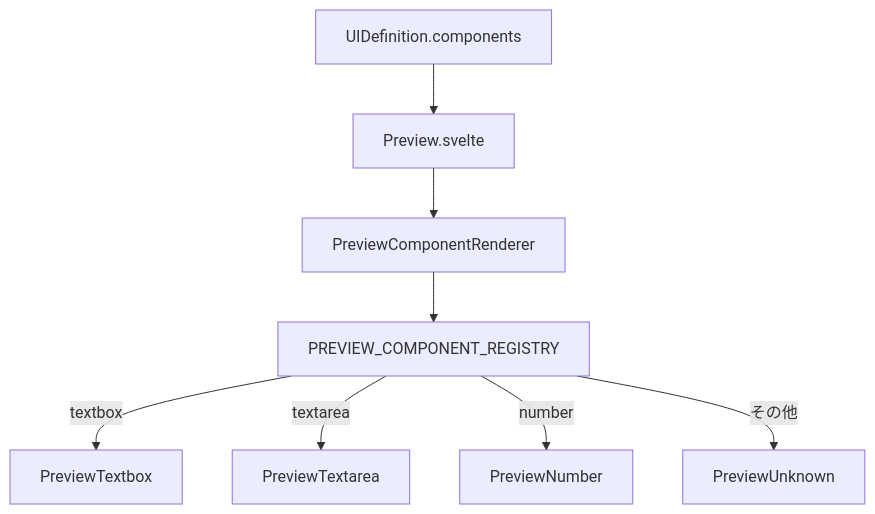
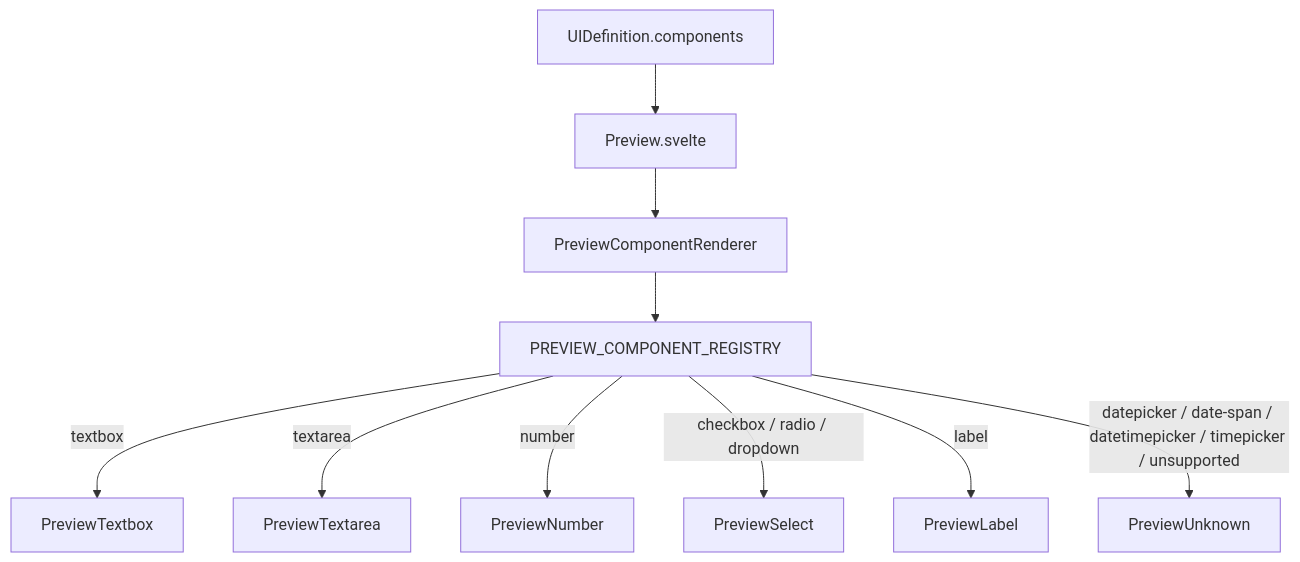
The second of 2 diagrams in docs/use-cases/layout-editor.md (tatsuEX/lightweight-ir-modeler), drawn with Mermaid before and after one commit. The commit also changed other lines of this file and 4 other files, not shown here.

````diff
--- a/docs/use-cases/layout-editor.md
+++ b/docs/use-cases/layout-editor.md
@@ -109,15 +109,17 @@
 ```mermaid
 flowchart TB
   Store[UIDefinition.components]
   Preview[Preview.svelte]
   Renderer[PreviewComponentRenderer]
   Reg[PREVIEW_COMPONENT_REGISTRY]
 
   Store --> Preview
   Preview --> Renderer
   Renderer --> Reg
   Reg -->|textbox| PreviewTextbox
   Reg -->|textarea| PreviewTextarea
   Reg -->|number| PreviewNumber
-  Reg -->|その他| PreviewUnknown
+  Reg -->|checkbox / radio / dropdown| PreviewSelect
+  Reg -->|label| PreviewLabel
+  Reg -->|datepicker / date-span / datetimepicker / timepicker / unsupported| PreviewUnknown
 ```
````
